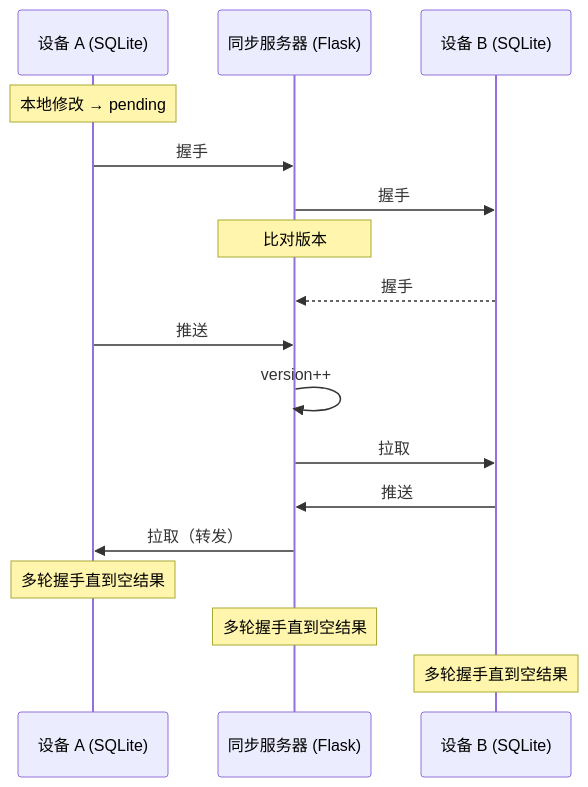
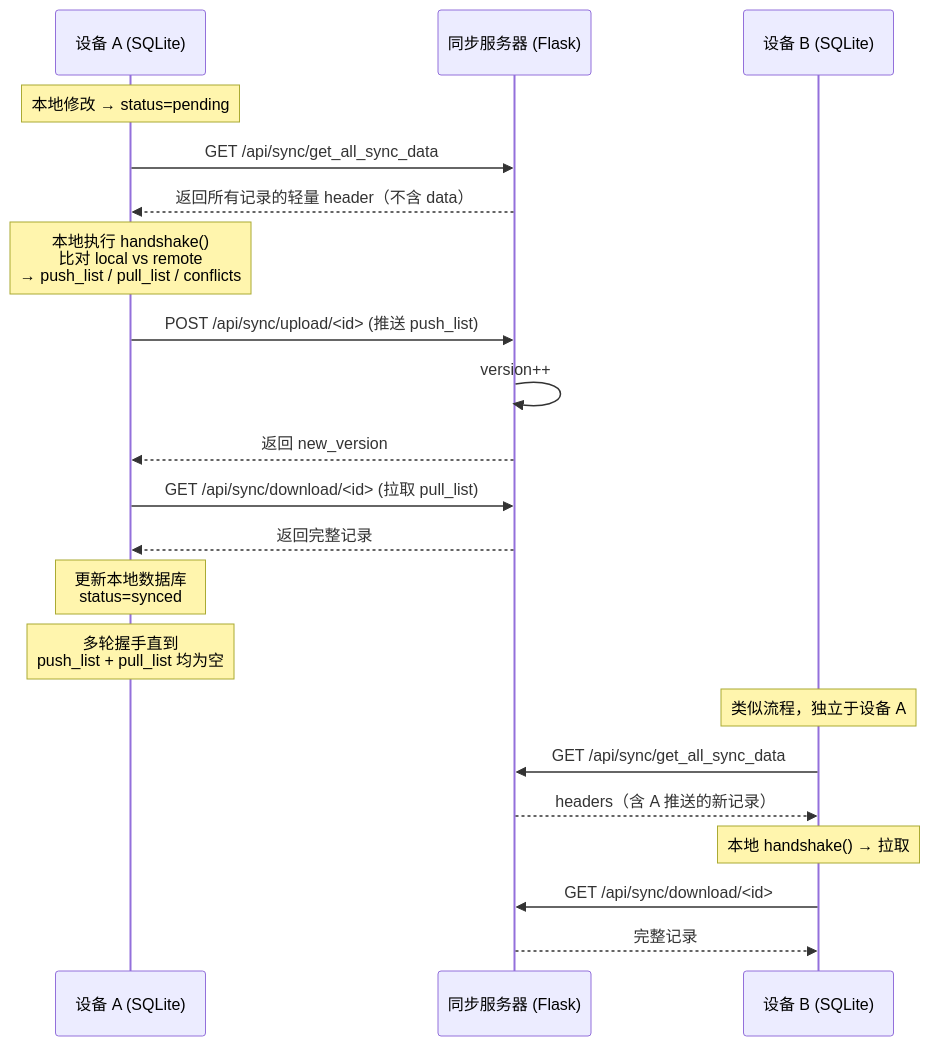
One commit to zpb911km/SmartErrorNotebook changed the first of 4 diagrams in docs/SYNC_PROTOCOL.md. Above: the diagram before and after it, drawn with Mermaid. The commit also changed other lines of this file, not shown here.

Commit message:
docs(sync): 更新同步协议文档为客户端主导(Client-Driven)模式

````diff
--- a/docs/SYNC_PROTOCOL.md
+++ b/docs/SYNC_PROTOCOL.md
@@ -26,20 +26,25 @@
 ```mermaid
 sequenceDiagram
     participant A as 设备 A (SQLite)
     participant S as 同步服务器 (Flask)
     participant B as 设备 B (SQLite)
 
-    Note over A: 本地修改 → pending
-    A->>S: 握手
-    S->>B: 握手
-    Note over S: 比对版本
-    B-->>S: 握手
-    A->>S: 推送
+    Note over A: 本地修改 → status=pending
+    A->>S: GET /api/sync/get_all_sync_data
+    S-->>A: 返回所有记录的轻量 header（不含 data）
+    Note over A: 本地执行 handshake()<br/>比对 local vs remote<br/>→ push_list / pull_list / conflicts
+    A->>S: POST /api/sync/upload/<id> (推送 push_list)
     S->>S: version++
-    S->>B: 拉取
-    B->>S: 推送
-    S->>A: 拉取（转发）
-    Note over A: 多轮握手直到空结果
-    Note over S: 多轮握手直到空结果
-    Note over B: 多轮握手直到空结果
+    S-->>A: 返回 new_version
+    A->>S: GET /api/sync/download/<id> (拉取 pull_list)
+    S-->>A: 返回完整记录
+    Note over A: 更新本地数据库<br/>status=synced
+    Note over A: 多轮握手直到<br/>push_list + pull_list 均为空
+
+    Note over B: 类似流程，独立于设备 A
+    B->>S: GET /api/sync/get_all_sync_data
+    S-->>B: headers（含 A 推送的新记录）
+    Note over B: 本地 handshake() → 拉取
+    B->>S: GET /api/sync/download/<id>
+    S-->>B: 完整记录
 ```
````
